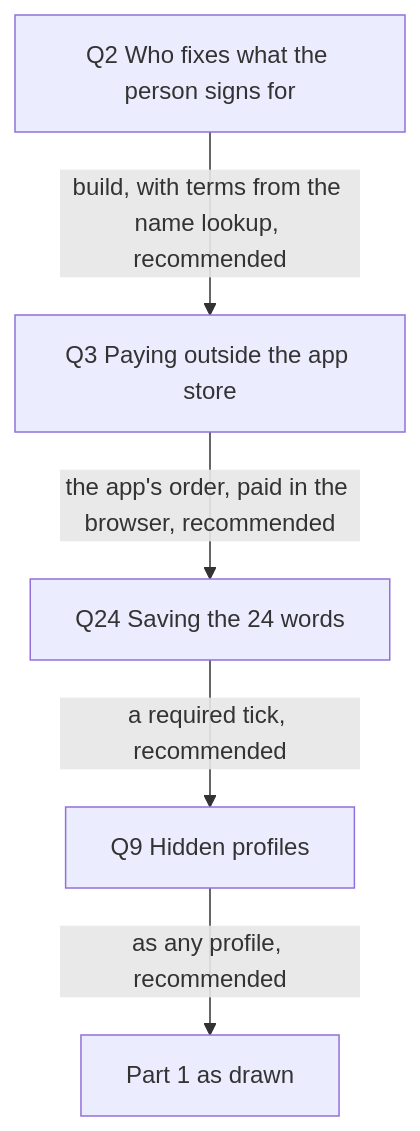
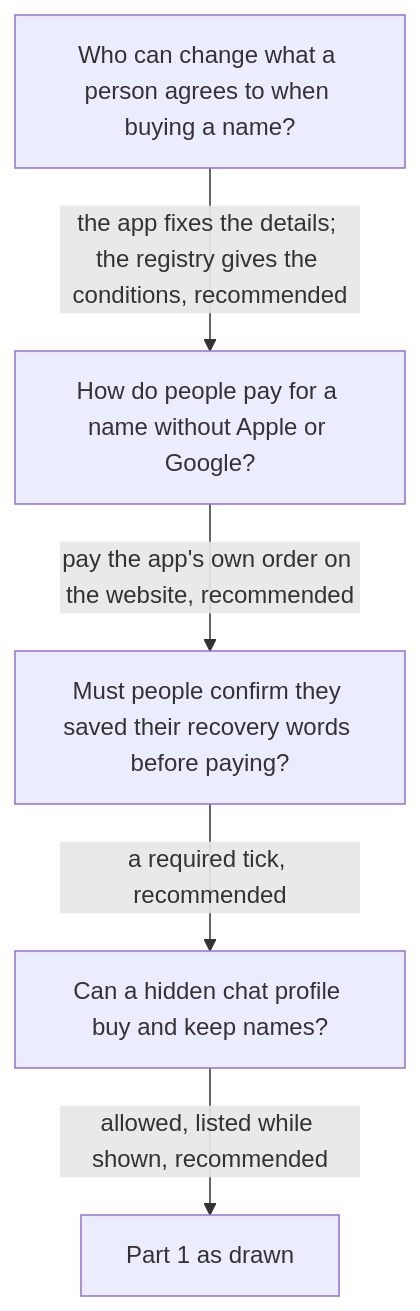
The diagram in plans/2026-11-26-names-in-app/questions.md (simplex-chat/simplex-chat), drawn with Mermaid before and after one commit. The commit also changed other lines of this file, not shown here.

Commit message:
docs: names plan questions in plain words

````diff
--- a/plans/2026-11-26-names-in-app/questions.md
+++ b/plans/2026-11-26-names-in-app/questions.md
@@ -5,7 +5,7 @@
 ```mermaid
 flowchart TD
-  Q2["Q2 Who fixes what the person signs for"] -->|"build, with terms from the name lookup, recommended"| Q3["Q3 Paying outside the app store"]
-  Q3 -->|"the app's order, paid in the browser, recommended"| Q24["Q24 Saving the 24 words"]
-  Q24 -->|"a required tick, recommended"| Q9["Q9 Hidden profiles"]
-  Q9 -->|"as any profile, recommended"| P["Part 1 as drawn"]
+  Q2["Who can change what a person agrees to when buying a name?"] -->|"the app fixes the details; the registry gives the conditions, recommended"| Q3["How do people pay for a name without Apple or Google?"]
+  Q3 -->|"pay the app's own order on the website, recommended"| Q24["Must people confirm they saved their recovery words before paying?"]
+  Q24 -->|"a required tick, recommended"| Q9["Can a hidden chat profile buy and keep names?"]
+  Q9 -->|"allowed, listed while shown, recommended"| P["Part 1 as drawn"]
 ```
````
